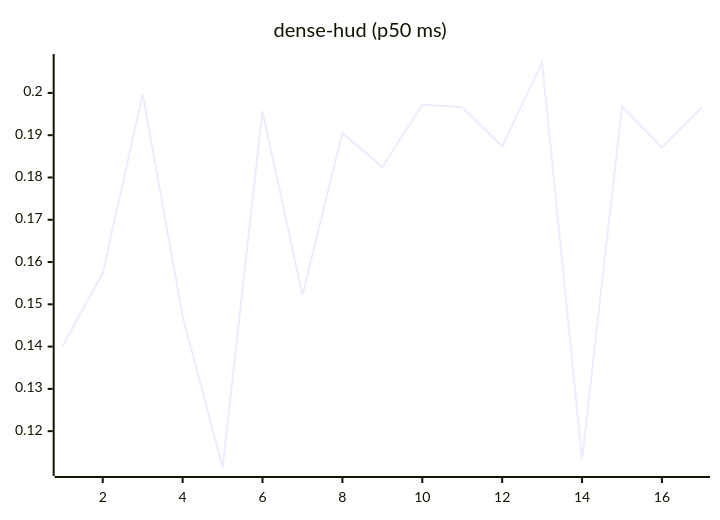
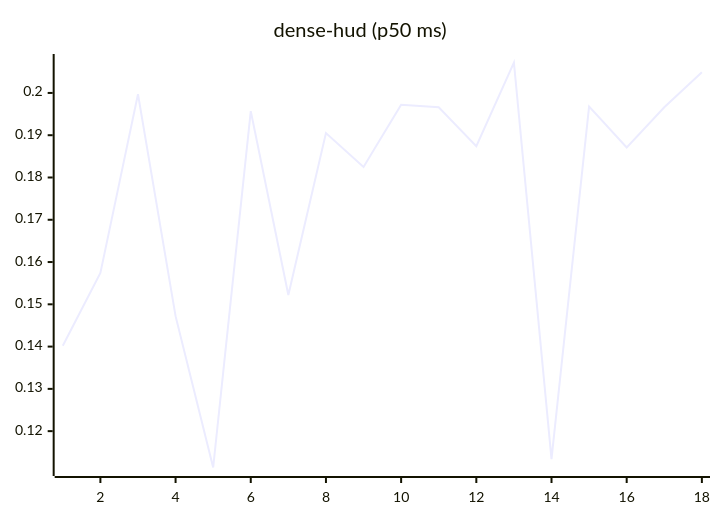
One commit to josha/Facet changed the eighth of 27 diagrams in README.md. Above: the diagram before and after it, drawn with Mermaid. The commit also changed other lines of this file and 2 other files, not shown here.

````diff
--- a/README.md
+++ b/README.md
@@ -112,6 +112,6 @@
 ```mermaid
 xychart-beta
     title "dense-hud (p50 ms)"
-    x-axis 1 --> 17
-    line [0.1402, 0.1574, 0.1997, 0.1472, 0.1114, 0.1957, 0.1522, 0.1905, 0.1825, 0.1972, 0.1966, 0.1874, 0.2072, 0.1134, 0.1968, 0.1871, 0.1966]
+    x-axis 1 --> 18
+    line [0.1402, 0.1574, 0.1997, 0.1472, 0.1114, 0.1957, 0.1522, 0.1905, 0.1825, 0.1972, 0.1966, 0.1874, 0.2072, 0.1134, 0.1968, 0.1871, 0.1966, 0.2049]
 ```
````
